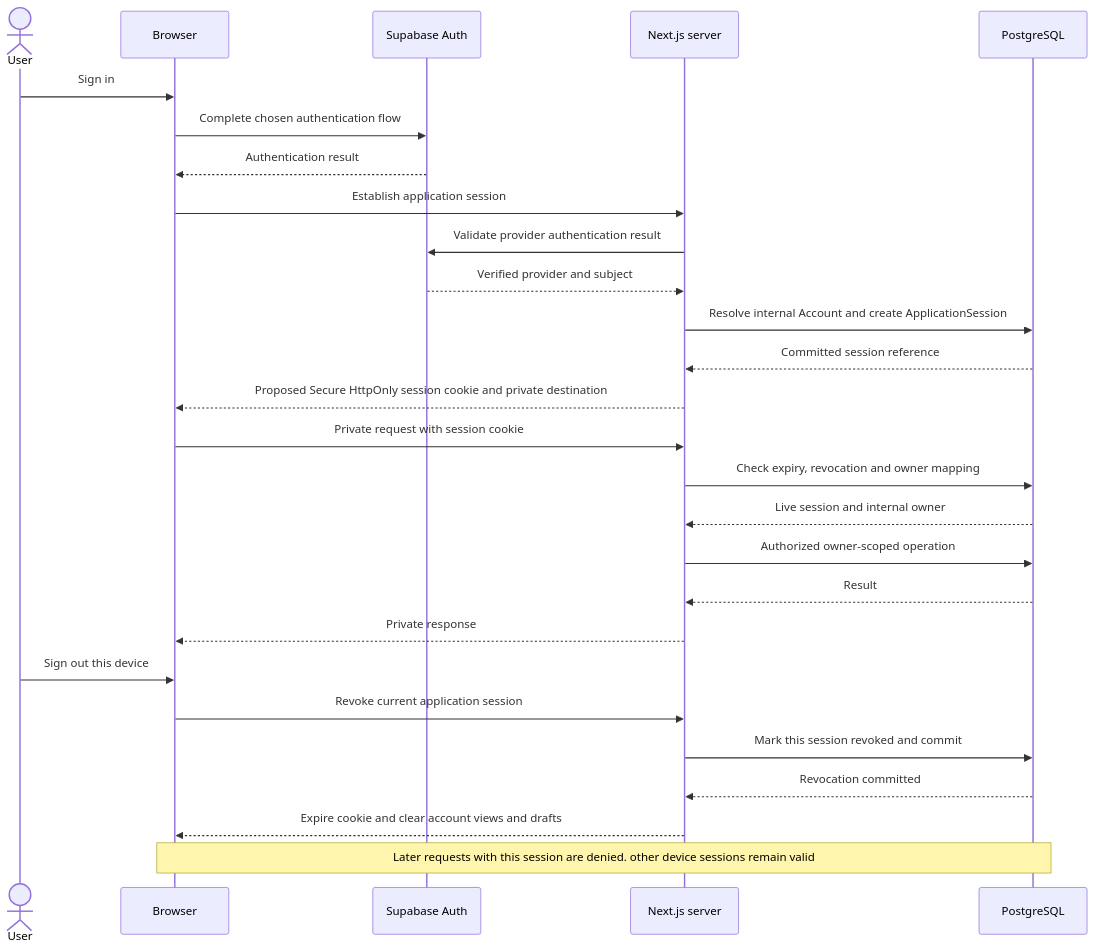
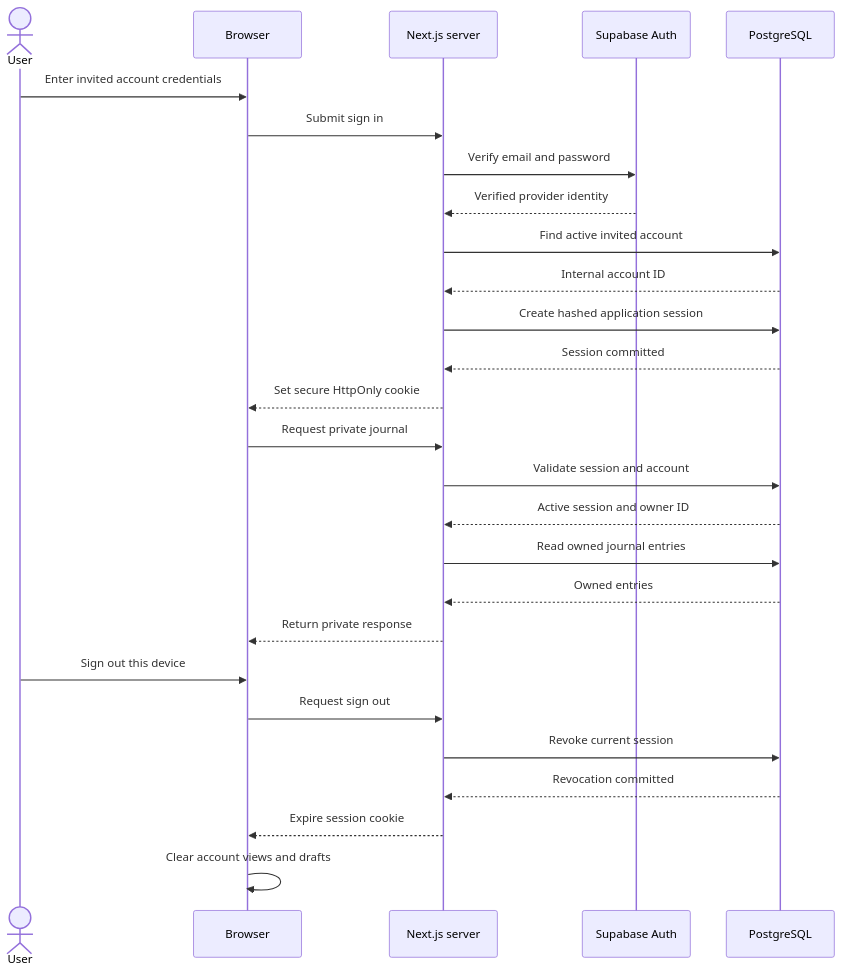
The third of 5 diagrams in specs/11-architecture-diagrams.md (walter-gomez-wizeline/my_goals), drawn with Mermaid before and after one commit. The commit also changed other lines of this file and 12 other files, not shown here.

Commit message:
docs: specify first journal flow, wireframes, and execution backlog

````diff
--- a/specs/11-architecture-diagrams.md
+++ b/specs/11-architecture-diagrams.md
@@ -73,29 +73,29 @@
 ```mermaid
 sequenceDiagram
     actor User
     participant Browser
+    participant App as Next.js server
     participant Auth as Supabase Auth
-    participant App as Next.js server
     participant DB as PostgreSQL
-    User->>Browser: Sign in
-    Browser->>Auth: Complete chosen authentication flow
-    Auth-->>Browser: Authentication result
-    Browser->>App: Establish application session
-    App->>Auth: Validate provider authentication result
-    Auth-->>App: Verified provider and subject
-    App->>DB: Resolve internal Account and create ApplicationSession
-    DB-->>App: Committed session reference
-    App-->>Browser: Proposed Secure HttpOnly session cookie and private destination
-    Browser->>App: Private request with session cookie
-    App->>DB: Check expiry, revocation and owner mapping
-    DB-->>App: Live session and internal owner
-    App->>DB: Authorized owner-scoped operation
-    DB-->>App: Result
-    App-->>Browser: Private response
+    User->>Browser: Enter invited account credentials
+    Browser->>App: Submit sign in
+    App->>Auth: Verify email and password
+    Auth-->>App: Verified provider identity
+    App->>DB: Find active invited account
+    DB-->>App: Internal account ID
+    App->>DB: Create hashed application session
+    DB-->>App: Session committed
+    App-->>Browser: Set secure HttpOnly cookie
+    Browser->>App: Request private journal
+    App->>DB: Validate session and account
+    DB-->>App: Active session and owner ID
+    App->>DB: Read owned journal entries
+    DB-->>App: Owned entries
+    App-->>Browser: Return private response
     User->>Browser: Sign out this device
-    Browser->>App: Revoke current application session
-    App->>DB: Mark this session revoked and commit
+    Browser->>App: Request sign out
+    App->>DB: Revoke current session
     DB-->>App: Revocation committed
-    App-->>Browser: Expire cookie and clear account views and drafts
-    Note over Browser,DB: Later requests with this session are denied. other device sessions remain valid
+    App-->>Browser: Expire session cookie
+    Browser->>Browser: Clear account views and drafts
 ```
````
